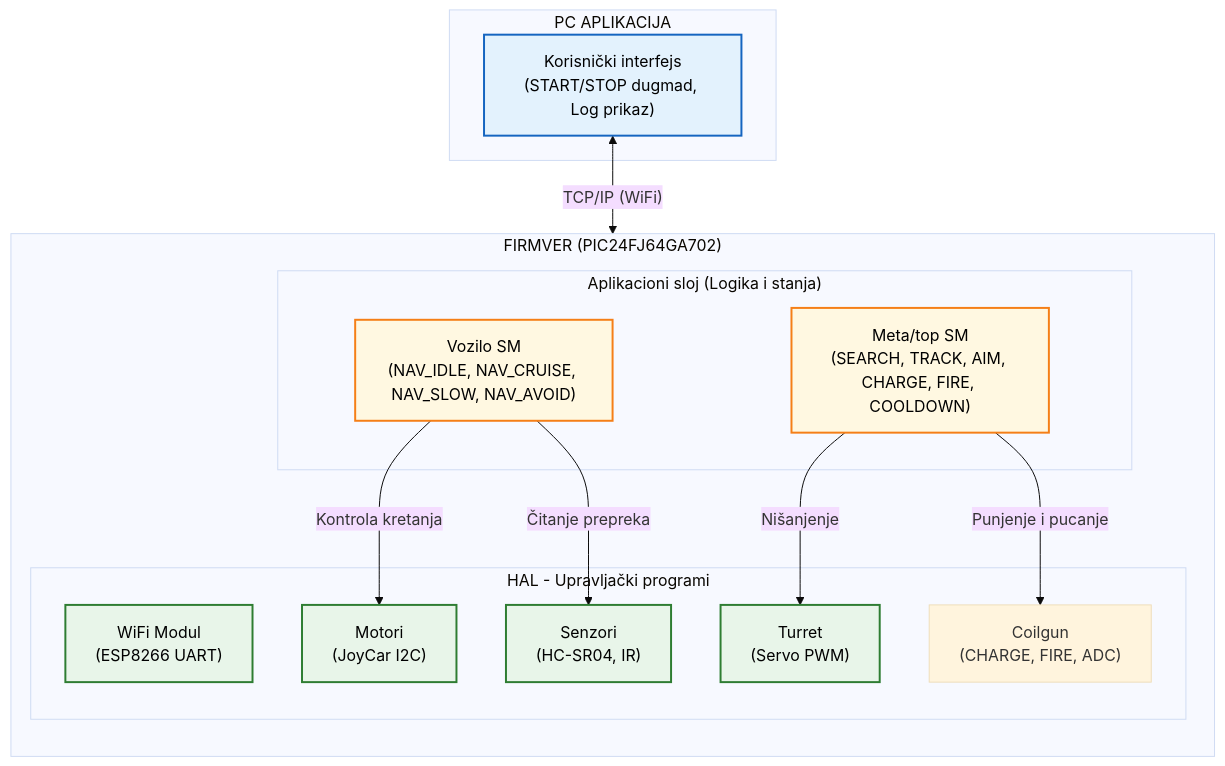
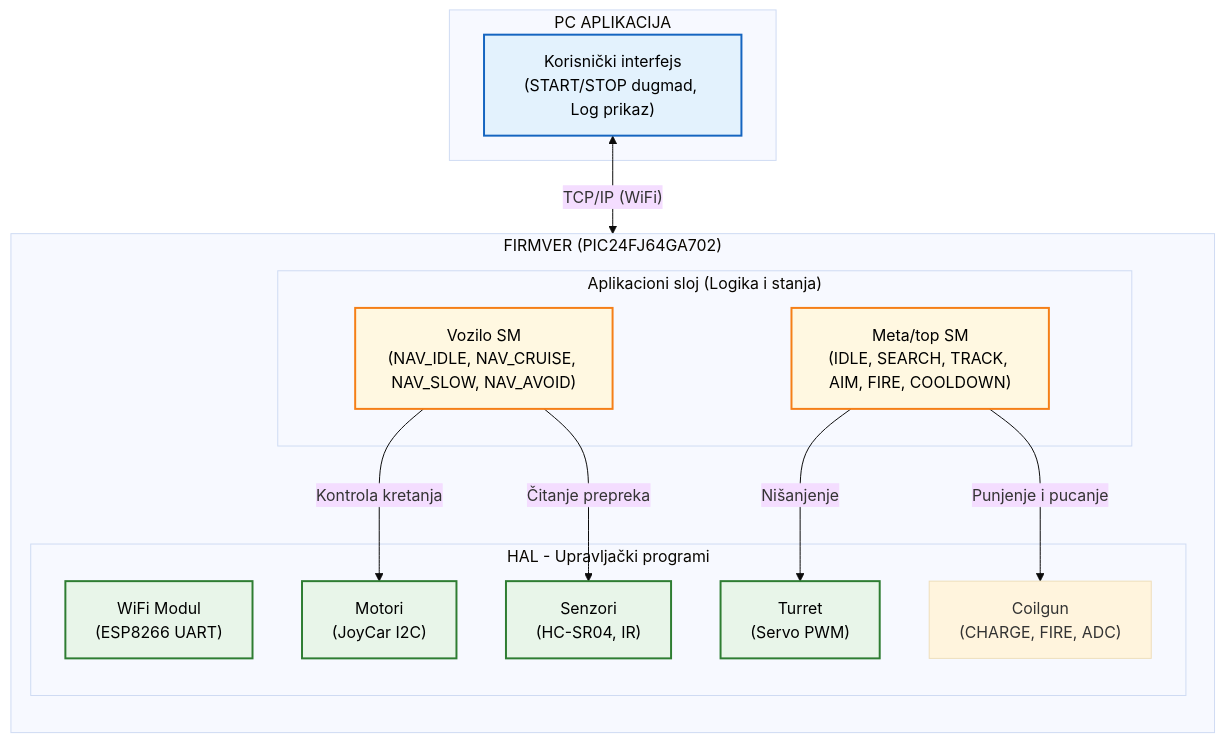
The diagram in docs/architecture/software.md (lukavidic/Vihor), drawn with Mermaid (base theme) before and after one commit. The commit also changed other lines of this file, not shown here.

````diff
--- a/docs/architecture/software.md
+++ b/docs/architecture/software.md
@@ -29,42 +29,42 @@
 ```mermaid
 flowchart TD
     classDef layerApp fill:#e3f2fd,stroke:#1565c0,stroke-width:2px,color:#000
     classDef layerLogic fill:#fff8e1,stroke:#f57f17,stroke-width:2px,color:#000
     classDef layerHAL fill:#e8f5e9,stroke:#2e7d32,stroke-width:2px,color:#000
     class DRV_WIFI,DRV_SENS,DRV_MOT,DRV_TUR,DRV_GUN layerHAL;
     
     subgraph PC["PC APLIKACIJA"]
         UI["Korisnički interfejs<br/>(START/STOP dugmad, Log prikaz)"]
     end
 
     subgraph FW["FIRMVER (PIC24FJ64GA702)"]
         direction TB
         
         subgraph LOGIKA["Aplikacioni sloj (Logika i stanja)"]
             SM_VEH["Vozilo SM<br/>(NAV_IDLE, NAV_CRUISE, NAV_SLOW, NAV_AVOID)"]
-            SM_TUR["Meta/top SM<br/>(SEARCH, TRACK, AIM, CHARGE, FIRE, COOLDOWN)"]
+            SM_TUR["Meta/top SM<br/>(IDLE, SEARCH, TRACK, AIM, FIRE, COOLDOWN)"]
         end
         
         subgraph HAL["HAL - Upravljački programi"]
             DRV_WIFI["WiFi Modul<br/>(ESP8266 UART)"]
             DRV_SENS["Senzori<br/>(HC-SR04, IR)"]
             DRV_MOT["Motori<br/>(JoyCar I2C)"]
             DRV_TUR["Turret<br/>(Servo PWM)"]
             DRV_GUN["Coilgun<br/>(CHARGE, FIRE, ADC)"]
         end
     end
 
     %% Veze između slojeva
     UI <-->|"TCP/IP (WiFi)"| DRV_WIFI
     
     SM_VEH -->|"Kontrola kretanja"| DRV_MOT
     SM_VEH -->|"Čitanje prepreka"| DRV_SENS
     
     SM_TUR -->|"Nišanjenje"| DRV_TUR
     SM_TUR -->|"Punjenje i pucanje"| DRV_GUN
 
     %% Primjena stilova (boja)
     class UI layerApp;
     class SM_VEH,SM_TUR layerLogic;
     class DRV_WIFI,DRV_SENS,DRV_MOT,DRV_TUR layerHAL;
 ```
````
